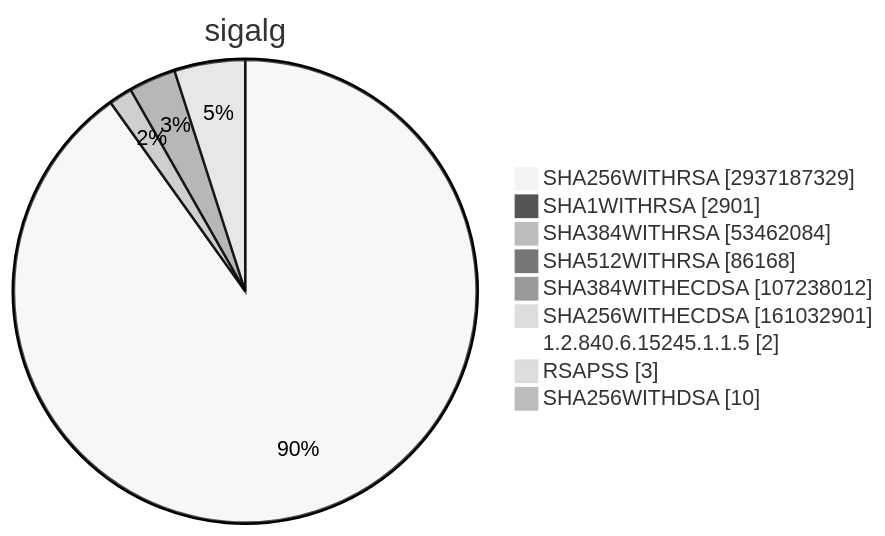
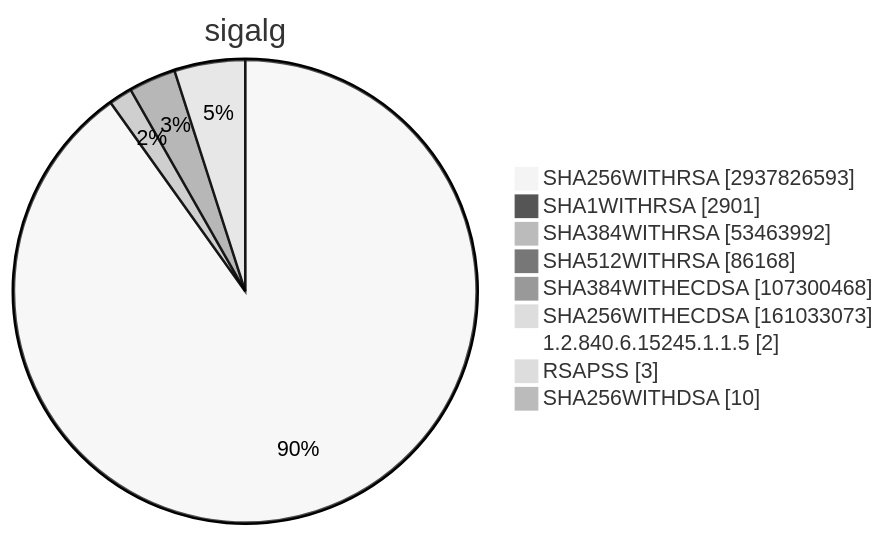
Before and after one commit to christiankrug/ctmonitor_visualization: diagram 15 of 15 in TOTAL/README.md, drawn with Mermaid (neutral theme). The commit also changed other lines of this file, not shown here.

````diff
--- a/TOTAL/README.md
+++ b/TOTAL/README.md
@@ -6207,13 +6207,13 @@
 ```mermaid
 pie showData
 title sigalg
-"SHA256WITHRSA" :2937187329
+"SHA256WITHRSA" :2937826593
 "SHA1WITHRSA" :2901
-"SHA384WITHRSA" :53462084
+"SHA384WITHRSA" :53463992
 "SHA512WITHRSA" :86168
-"SHA384WITHECDSA" :107238012
-"SHA256WITHECDSA" :161032901
+"SHA384WITHECDSA" :107300468
+"SHA256WITHECDSA" :161033073
 "1.2.840.6.15245.1.1.5" :2
 "RSAPSS" :3
 "SHA256WITHDSA" :10
 ```
````
